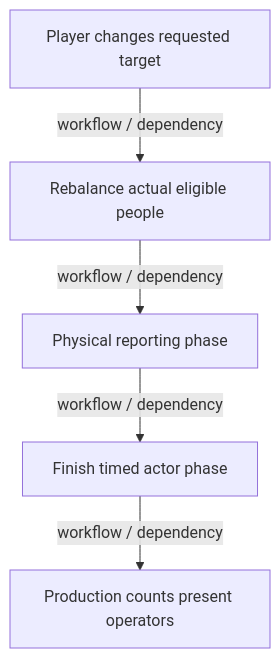
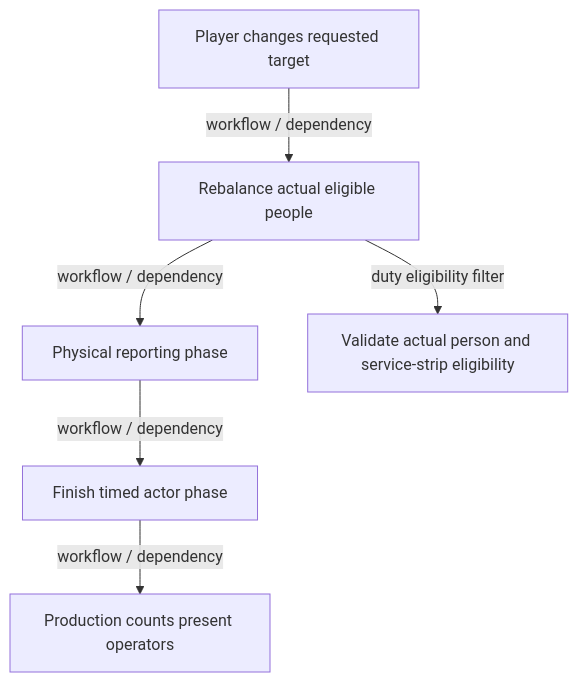
Before and after one commit to TheInfinityIQ/Trencho_V4: the sixth of 49 diagrams in docs/system_atlas.md, drawn with Mermaid. The commit also changed other lines of this file and 13 other files, not shown here.

````diff
--- a/docs/system_atlas.md
+++ b/docs/system_atlas.md
@@ -238,12 +238,14 @@
 ```mermaid
 flowchart TD
     n0["Player changes requested target"]
     n1["Rebalance actual eligible people"]
     n2["Physical reporting phase"]
     n3["Finish timed actor phase"]
     n4["Production counts present operators"]
+    n5["Validate actual person and service-strip eligibility"]
     n0 -->|"workflow / dependency"| n1
     n1 -->|"workflow / dependency"| n2
     n2 -->|"workflow / dependency"| n3
     n3 -->|"workflow / dependency"| n4
+    n1 -->|"duty eligibility filter"| n5
 ```
````
